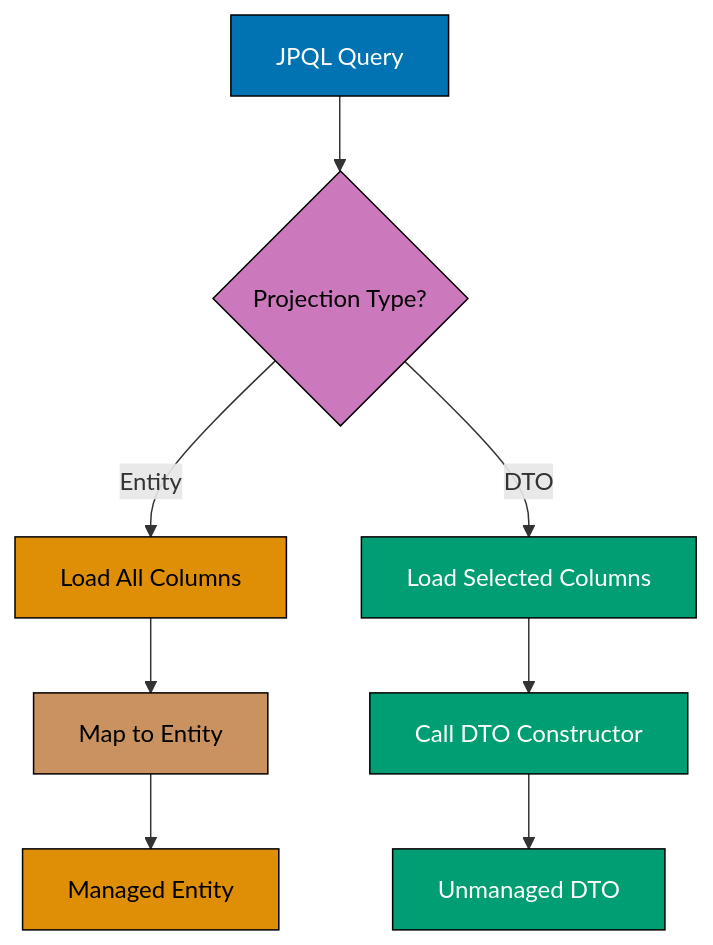
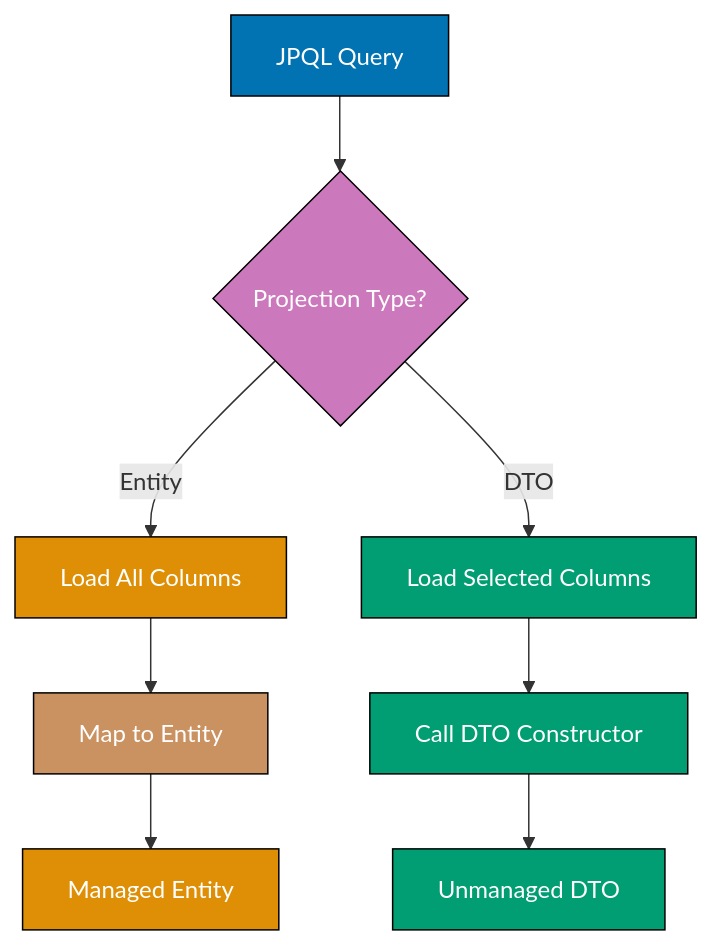
One commit to wahidyankf/open-sharia-enterprise changed the third of 12 diagrams in apps/ayokoding-web/content/en/learn/software-engineering/data/tools/spring-data-jpa/by-example/intermediate.md. Above: the diagram before and after it, drawn with Mermaid. The commit also changed other lines of this file and 61 other files, not shown here.

First line of the commit message:
fix(ayokoding-web): quote Mermaid node labels with special characters in Example 63

````diff
--- a/apps/ayokoding-web/content/en/learn/software-engineering/data/tools/spring-data-jpa/by-example/intermediate.md
+++ b/apps/ayokoding-web/content/en/learn/software-engineering/data/tools/spring-data-jpa/by-example/intermediate.md
@@ -249,20 +249,20 @@
 ```mermaid
 %% DTO projection vs entity loading
 graph TD
     A[JPQL Query] --> B{Projection Type?}
     B -->|Entity| C[Load All Columns]
     B -->|DTO| D[Load Selected Columns]
     C --> E[Map to Entity]
     D --> F[Call DTO Constructor]
     E --> G[Managed Entity]
     F --> H[Unmanaged DTO]
 
     style A fill:#0173B2,stroke:#000,color:#fff
-    style B fill:#CC78BC,stroke:#000,color:#000
-    style C fill:#DE8F05,stroke:#000,color:#000
+    style B fill:#CC78BC,stroke:#000,color:#fff
+    style C fill:#DE8F05,stroke:#000,color:#fff
     style D fill:#029E73,stroke:#000,color:#fff
-    style E fill:#CA9161,stroke:#000,color:#000
+    style E fill:#CA9161,stroke:#000,color:#fff
     style F fill:#029E73,stroke:#000,color:#fff
-    style G fill:#DE8F05,stroke:#000,color:#000
+    style G fill:#DE8F05,stroke:#000,color:#fff
     style H fill:#029E73,stroke:#000,color:#fff
 ```
````
